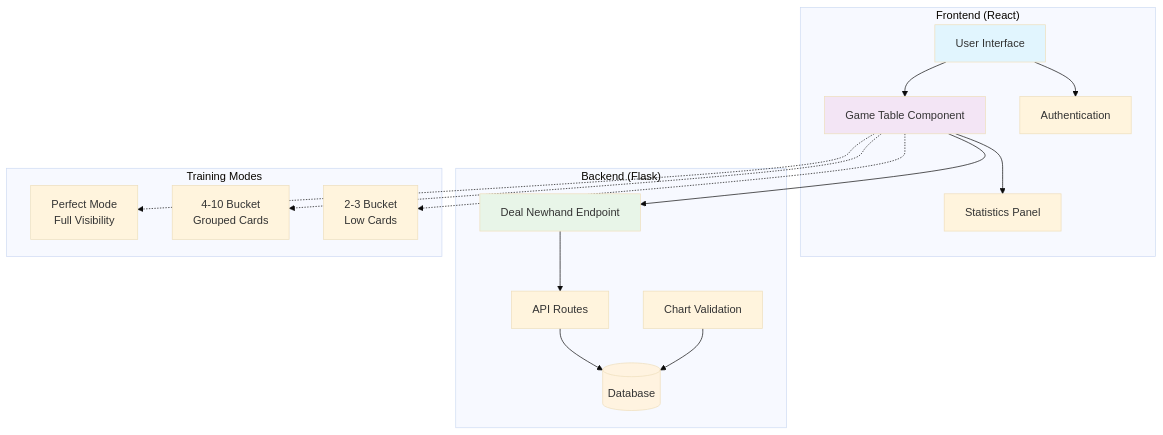
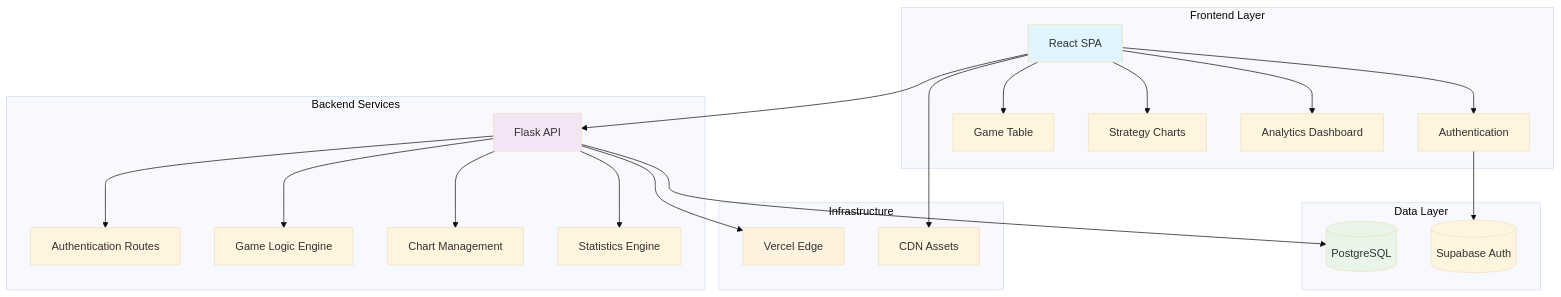
One commit to AmolMendonca/bet404-v2 changed the first of 7 diagrams in README.md. Above: the diagram before and after it, drawn with Mermaid (base theme). The commit also changed other lines of this file, not shown here.

````diff
--- a/README.md
+++ b/README.md
@@ -35,39 +21,37 @@
 ```mermaid
 graph TB
-    subgraph "Frontend (React)"
-        UI[User Interface]
-        GT[Game Table Component]
-        AUTH[Authentication]
-        STATS[Statistics Panel]
+    subgraph "Frontend Layer"
+        A[React SPA] --> B[Authentication]
+        A --> C[Game Table]
+        A --> D[Strategy Charts]
+        A --> E[Analytics Dashboard]
     end
     
-    subgraph "Backend (Flask)"
-        API[API Routes]
-        DEAL[Deal Newhand Endpoint]
-        CHARTS[Chart Validation]
-        DB[(Database)]
+    subgraph "Backend Services"
+        F[Flask API] --> G[Authentication Routes]
+        F --> H[Game Logic Engine]
+        F --> I[Chart Management]
+        F --> J[Statistics Engine]
     end
     
-    subgraph "Training Modes"
-        PERFECT[Perfect Mode<br/>Full Visibility]
-        BUCKET4[4-10 Bucket<br/>Grouped Cards]
-        BUCKET2[2-3 Bucket<br/>Low Cards]
+    subgraph "Data Layer"
+        K[(PostgreSQL)]
+        L[(Supabase Auth)]
     end
     
-    UI --> AUTH
-    UI --> GT
-    GT --> DEAL
-    GT --> STATS
-    DEAL --> API
-    API --> DB
-    CHARTS --> DB
+    subgraph "Infrastructure"
+        M[Vercel Edge]
+        N[CDN Assets]
+    end
     
-    GT -.-> PERFECT
-    GT -.-> BUCKET4
-    GT -.-> BUCKET2
+    A --> F
+    F --> K
+    B --> L
+    F --> M
+    A --> N
     
-    style UI fill:#e1f5fe
-    style GT fill:#f3e5f5
-    style DEAL fill:#e8f5e8
-    style DB fill:#fff3e0
+    style A fill:#e1f5fe
+    style F fill:#f3e5f5
+    style K fill:#e8f5e8
+    style M fill:#fff3e0
 ```
````
